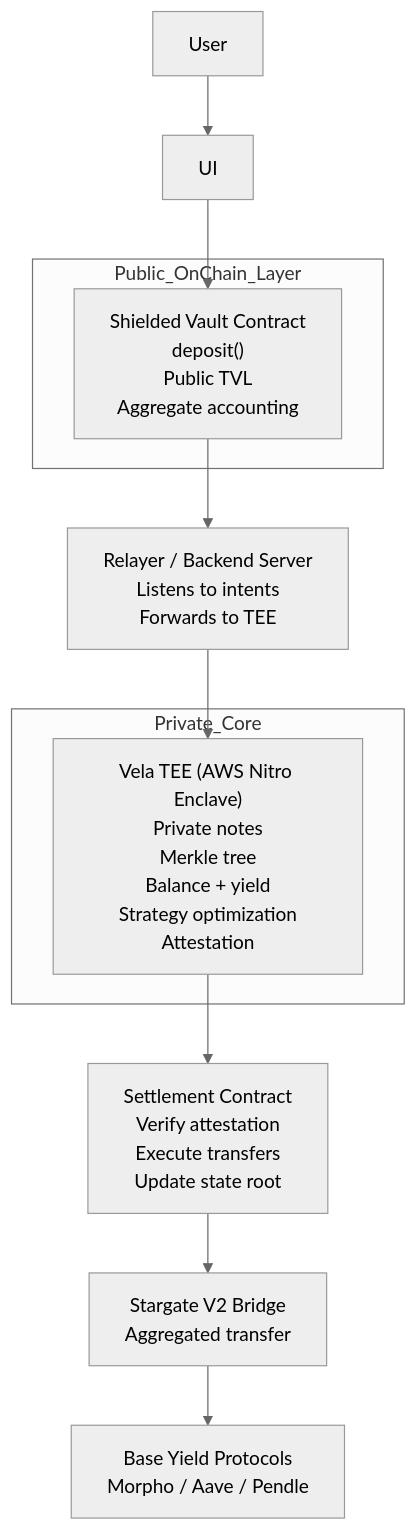
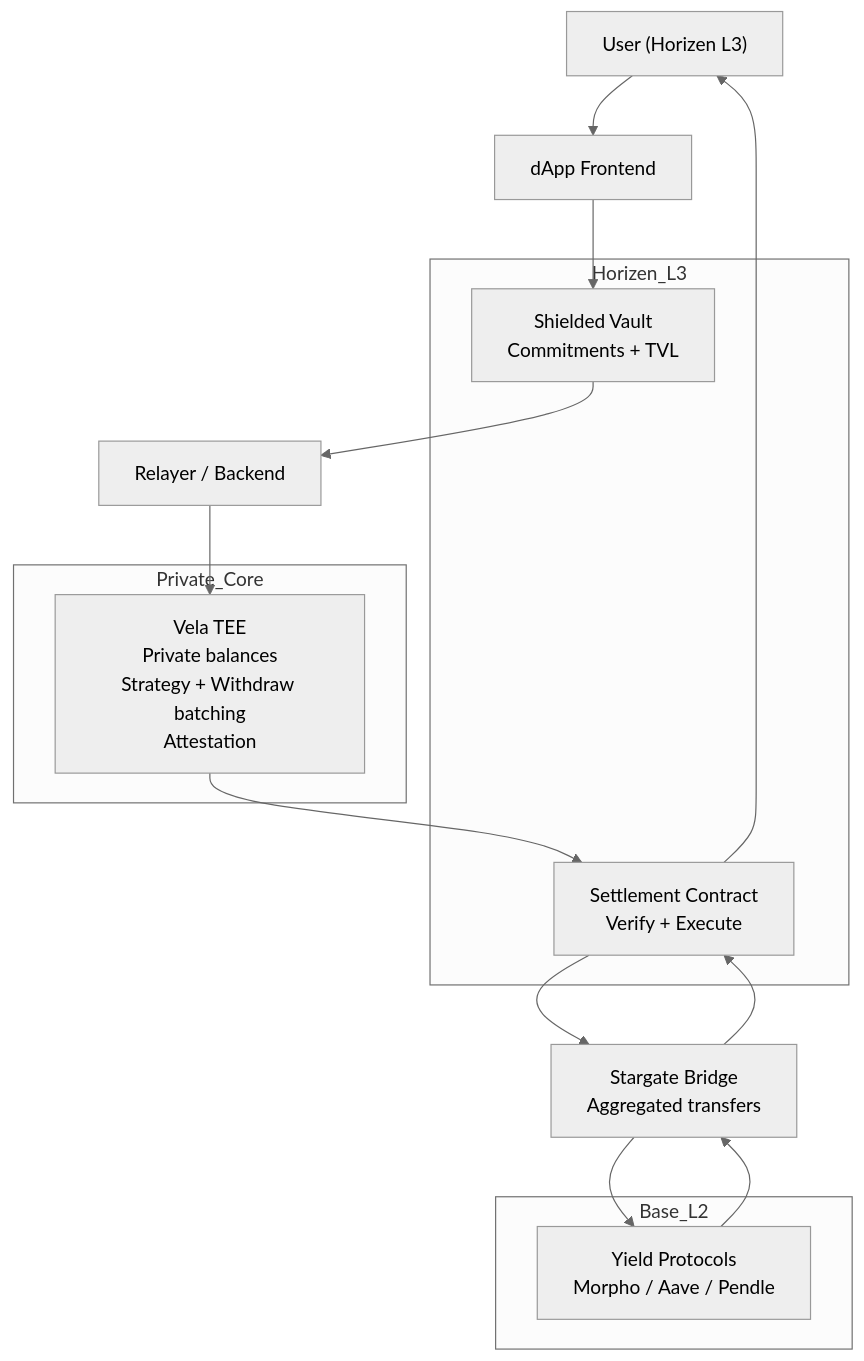
Before and after one commit to Xavek/shieldv: the first of 3 diagrams in readme.md, drawn with Mermaid (neutral theme). The commit also changed other lines of this file, not shown here.

````diff
--- a/readme.md
+++ b/readme.md
@@ -22,24 +22,31 @@
 ```mermaid
 flowchart TD
 
-    U["User"]
-    D["UI"]
+    U["User (Horizen L3)"]
+    D["dApp Frontend"]
 
-    subgraph Public_OnChain_Layer
-        V["Shielded Vault Contract<br/>deposit()<br/>Public TVL<br/>Aggregate accounting"]
+    subgraph Horizen_L3
+        V["Shielded Vault<br/>Commitments + TVL"]
+        S["Settlement Contract<br/>Verify + Execute"]
     end
 
-    R["Relayer / Backend Server<br/>Listens to intents<br/>Forwards to TEE"]
+    R["Relayer / Backend"]
 
     subgraph Private_Core
-        TEE["Vela TEE (AWS Nitro Enclave)<br/>Private notes<br/>Merkle tree<br/>Balance + yield<br/>Strategy optimization<br/>Attestation"]
+        TEE["Vela TEE<br/>Private balances<br/>Strategy + Withdraw batching<br/>Attestation"]
     end
 
-    S["Settlement Contract<br/>Verify attestation<br/>Execute transfers<br/>Update state root"]
+    B["Stargate Bridge<br/>Aggregated transfers"]
 
-    B["Stargate V2 Bridge<br/>Aggregated transfer"]
+    subgraph Base_L2
+        Y["Yield Protocols<br/>Morpho / Aave / Pendle"]
+    end
 
-    Y["Base Yield Protocols<br/>Morpho / Aave / Pendle"]
+    U --> D --> V --> R --> TEE
+    TEE --> S
+    S --> B
+    B --> Y
 
-    U --> D --> V --> R --> TEE --> S --> B --> Y
+    %% Withdraw reverse flow
+    Y --> B --> S --> U
 ```
````
